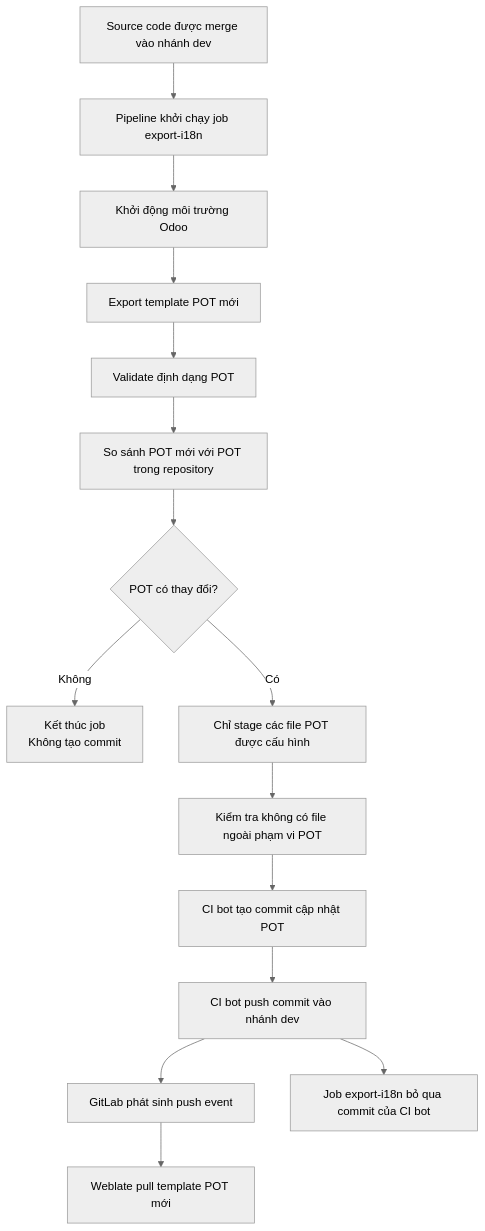
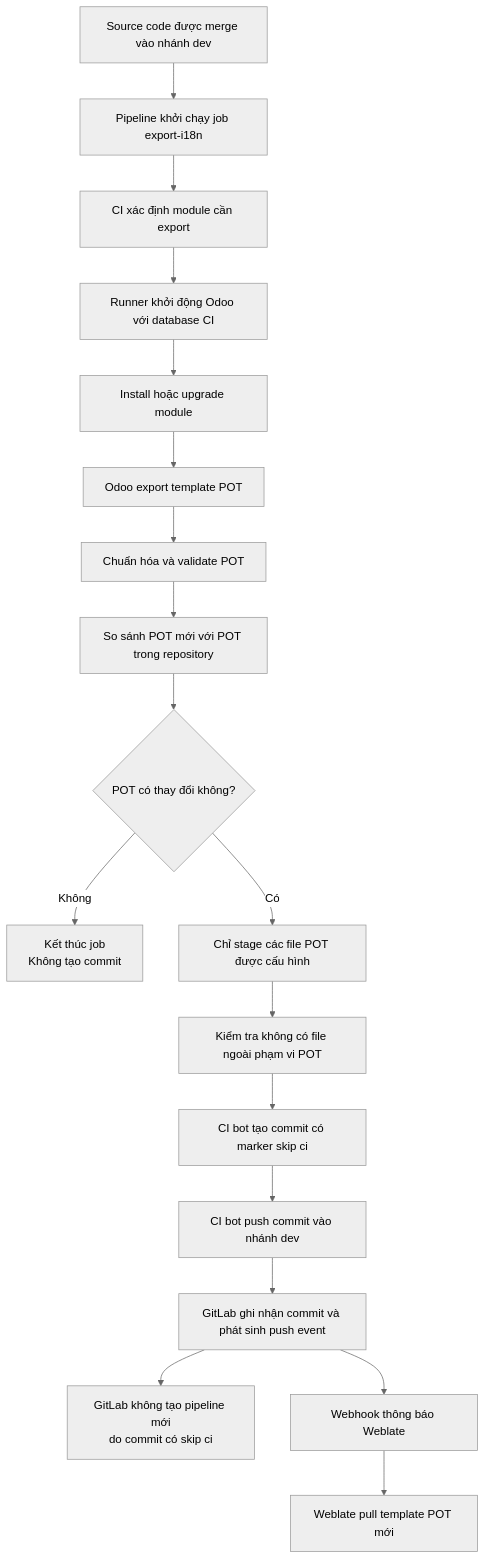
The second of 4 diagrams in weblate/README.md (linh404/VDX-intern), drawn with Mermaid (neutral theme) before and after one commit. The commit also changed other lines of this file, not shown here.

````diff
--- a/weblate/README.md
+++ b/weblate/README.md
@@ -408,34 +350,39 @@
 ```mermaid
 flowchart TD
     A[Source code được merge vào nhánh dev]
     B[Pipeline khởi chạy job export-i18n]
-    C[Khởi động môi trường Odoo]
-    D[Export template POT mới]
-    E[Validate định dạng POT]
-    F[So sánh POT mới với POT trong repository]
-    G{POT có thay đổi?}
-    H[Kết thúc job<br/>Không tạo commit]
-    I[Chỉ stage các file POT được cấu hình]
-    J[Kiểm tra không có file ngoài phạm vi POT]
-    K[CI bot tạo commit cập nhật POT]
-    L[CI bot push commit vào nhánh dev]
-    M[GitLab phát sinh push event]
-    N[Weblate pull template POT mới]
-    O[Job export-i18n bỏ qua commit của CI bot]
+    C[CI xác định module cần export]
+    D[Runner khởi động Odoo với database CI]
+    E[Install hoặc upgrade module]
+    F[Odoo export template POT]
+    G[Chuẩn hóa và validate POT]
+    H[So sánh POT mới với POT trong repository]
+    I{POT có thay đổi không?}
+    J[Kết thúc job<br/>Không tạo commit]
+    K[Chỉ stage các file POT được cấu hình]
+    L[Kiểm tra không có file ngoài phạm vi POT]
+    M[CI bot tạo commit có marker skip ci]
+    N[CI bot push commit vào nhánh dev]
+    O[GitLab ghi nhận commit và phát sinh push event]
+    P[GitLab không tạo pipeline mới<br/>do commit có skip ci]
+    Q[Webhook thông báo Weblate]
+    R[Weblate pull template POT mới]
 
     A --> B
     B --> C
     C --> D
     D --> E
     E --> F
     F --> G
-
-    G -- Không --> H
-    G -- Có --> I
-    I --> J
-    J --> K
+    G --> H
+    H --> I
+    I -- Không --> J
+    I -- Có --> K
     K --> L
     L --> M
     M --> N
-    L --> O
+    N --> O
+    O --> P
+    O --> Q
+    Q --> R
 ```
````
